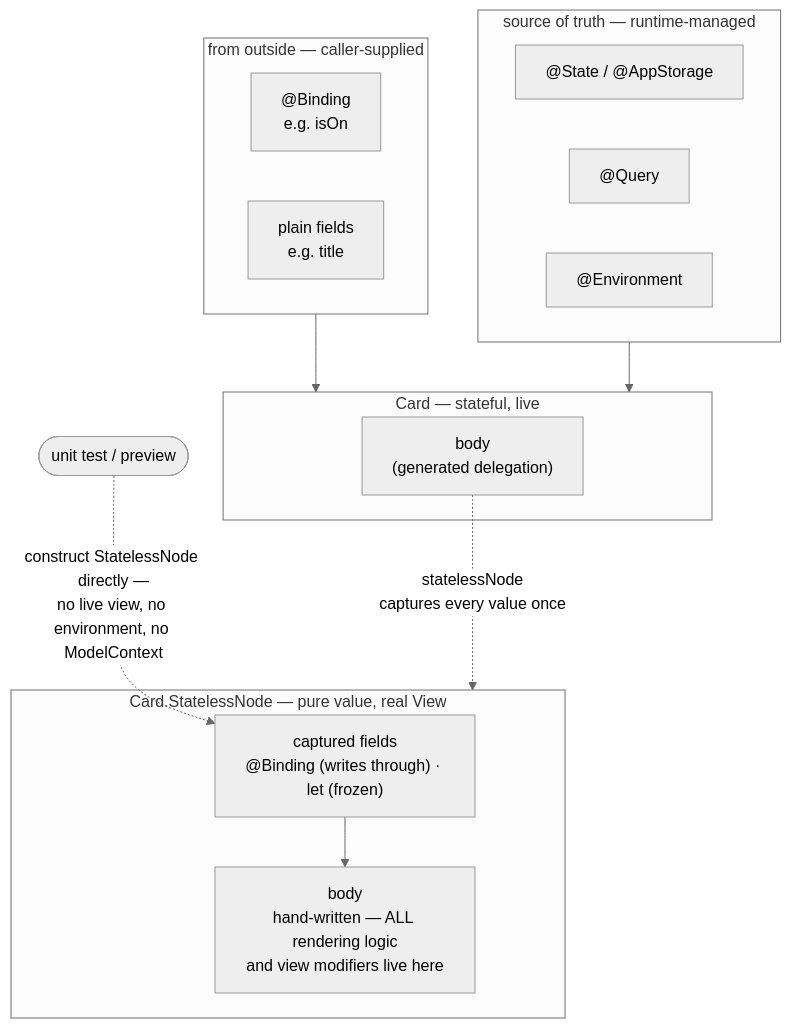
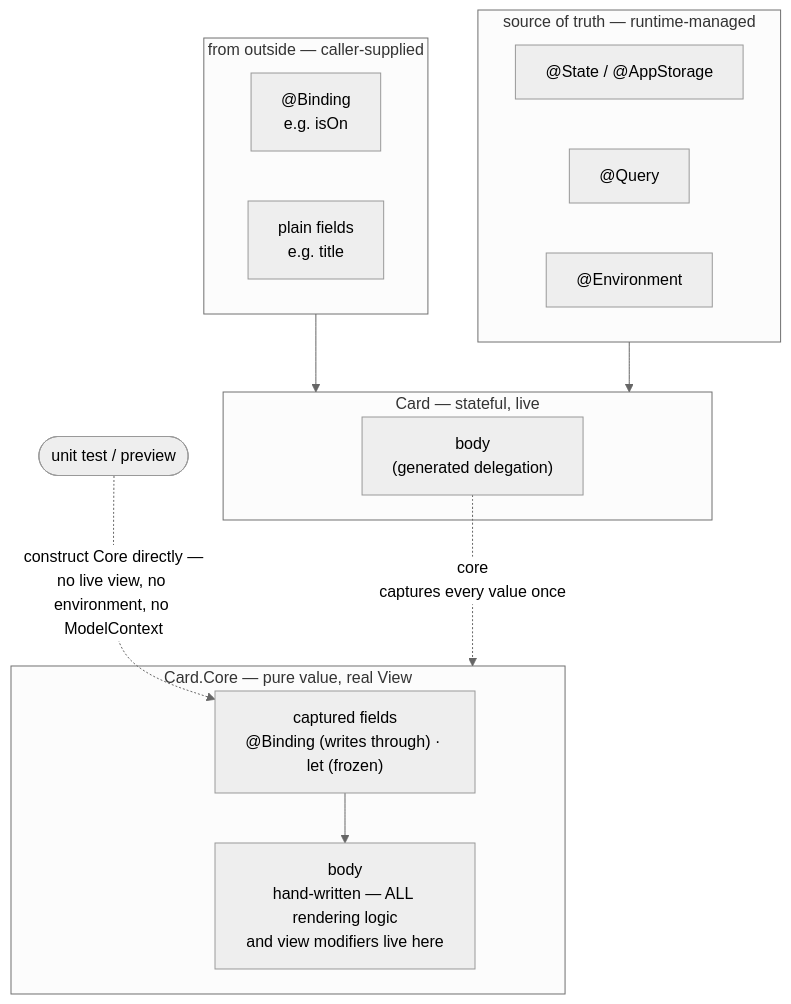
The third of 3 diagrams in README.md (sisoje/swift-core-flow), drawn with Mermaid (neutral theme) before and after one commit. The commit also changed other lines of this file and 14 other files, not shown here.

First line of the commit message:
Rename @StatelessNode to @Shell/Core/core; tighten private-property rules

````diff
--- a/README.md
+++ b/README.md
@@ -718,29 +756,29 @@
 ```mermaid
 flowchart TD
     subgraph Outside["from outside — caller-supplied"]
         Bind["@Binding<br/>e.g. isOn"]
         Plain["plain fields<br/>e.g. title"]
     end
 
     subgraph SOT["source of truth — runtime-managed"]
         State["@State / @AppStorage"]
         Query["@Query"]
         Env["@Environment"]
     end
 
     Outside --> Card
     SOT --> Card
 
     subgraph Card["Card — stateful, live"]
         CardBody["body<br/>(generated delegation)"]
     end
 
-    subgraph SN["Card.StatelessNode — pure value, real View"]
+    subgraph SN["Card.Core — pure value, real View"]
         Fields["captured fields<br/>@Binding (writes through) · let (frozen)"]
         SNBody["body<br/>hand-written — ALL rendering logic<br/>and view modifiers live here"]
         Fields --> SNBody
     end
 
-    CardBody -. "statelessNode<br/>captures every value once" .-> SN
-    Test(["unit test / preview"]) -. "construct StatelessNode directly —<br/>no live view, no environment, no ModelContext" .-> Fields
+    CardBody -. "core<br/>captures every value once" .-> SN
+    Test(["unit test / preview"]) -. "construct Core directly —<br/>no live view, no environment, no ModelContext" .-> Fields
 ```
````
